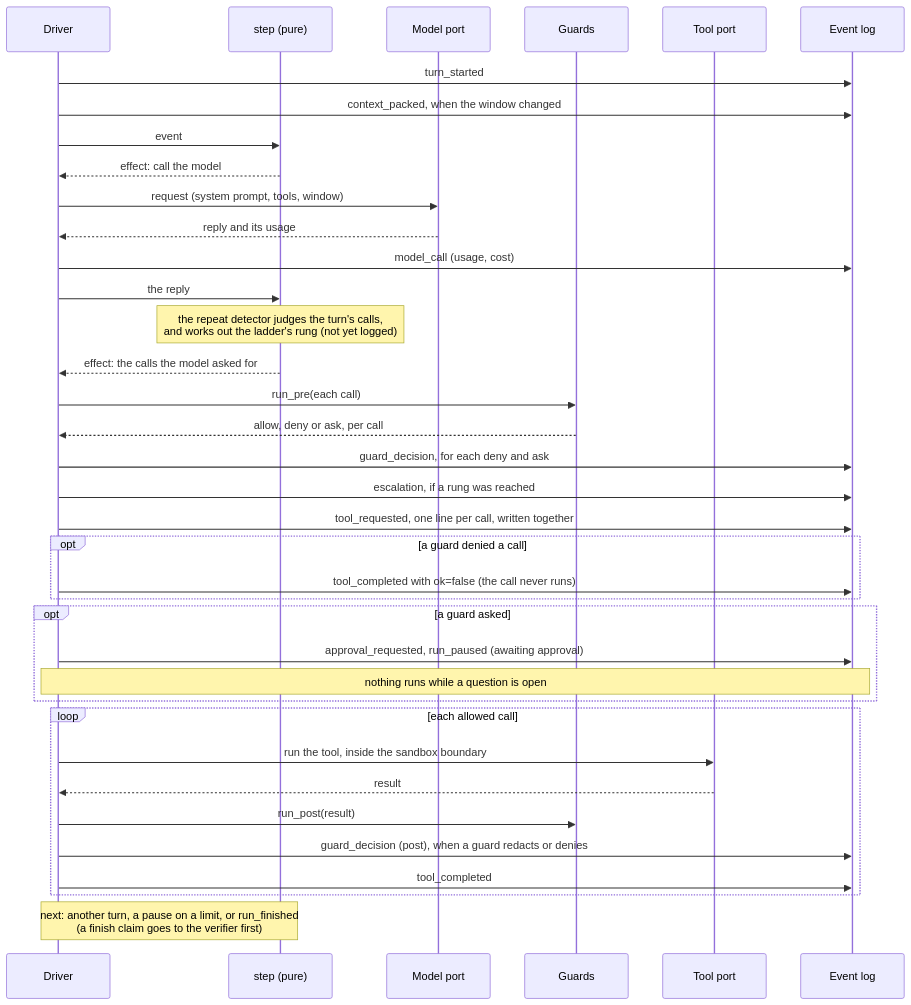
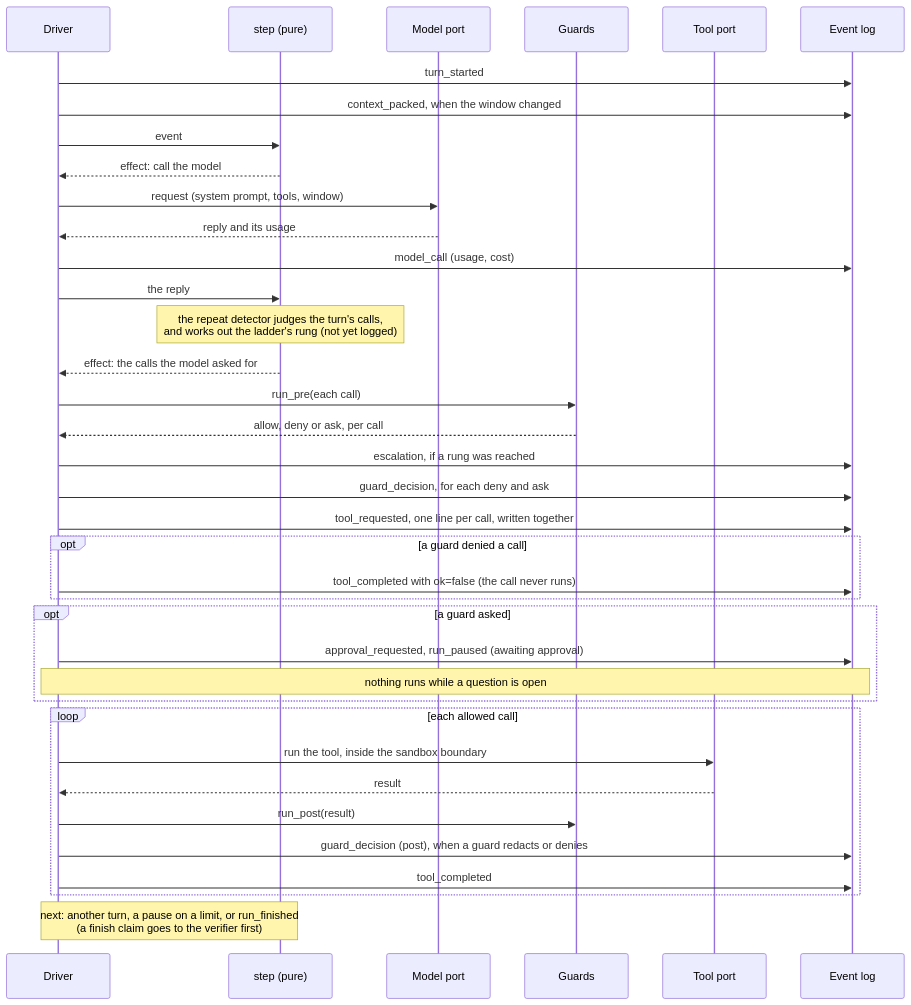
One commit to kangaliaisaac/loomcore changed the third of 4 diagrams in README.md. Above: the diagram before and after it, drawn with Mermaid. The commit also changed other lines of this file, not shown here.

First line of the commit message:
The sequence diagram writes the escalation before the guard decisions, as the engine does

````diff
--- a/README.md
+++ b/README.md
@@ -94,40 +94,40 @@
 ```mermaid
 sequenceDiagram
     participant D as Driver
     participant S as step (pure)
     participant M as Model port
     participant G as Guards
     participant T as Tool port
     participant L as Event log
 
     D->>L: turn_started
     D->>L: context_packed, when the window changed
     D->>S: event
     S-->>D: effect: call the model
     D->>M: request (system prompt, tools, window)
     M-->>D: reply and its usage
     D->>L: model_call (usage, cost)
     D->>S: the reply
     Note over S: the repeat detector judges the turn's calls,<br/>and works out the ladder's rung (not yet logged)
     S-->>D: effect: the calls the model asked for
     D->>G: run_pre(each call)
     G-->>D: allow, deny or ask, per call
+    D->>L: escalation, if a rung was reached
     D->>L: guard_decision, for each deny and ask
-    D->>L: escalation, if a rung was reached
     D->>L: tool_requested, one line per call, written together
     opt a guard denied a call
         D->>L: tool_completed with ok=false (the call never runs)
     end
     opt a guard asked
         D->>L: approval_requested, run_paused (awaiting approval)
         Note over D,L: nothing runs while a question is open
     end
     loop each allowed call
         D->>T: run the tool, inside the sandbox boundary
         T-->>D: result
         D->>G: run_post(result)
         D->>L: guard_decision (post), when a guard redacts or denies
         D->>L: tool_completed
     end
     Note over D,S: next: another turn, a pause on a limit, or run_finished<br/>(a finish claim goes to the verifier first)
 ```
````
